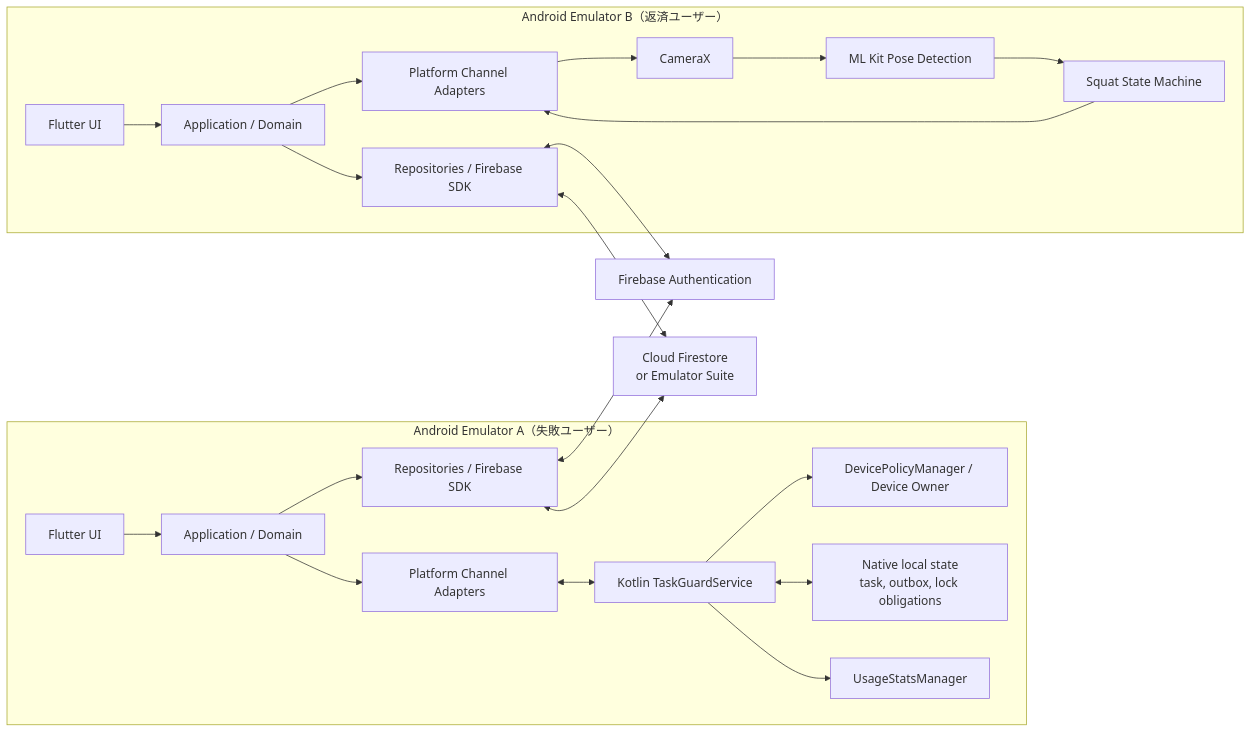
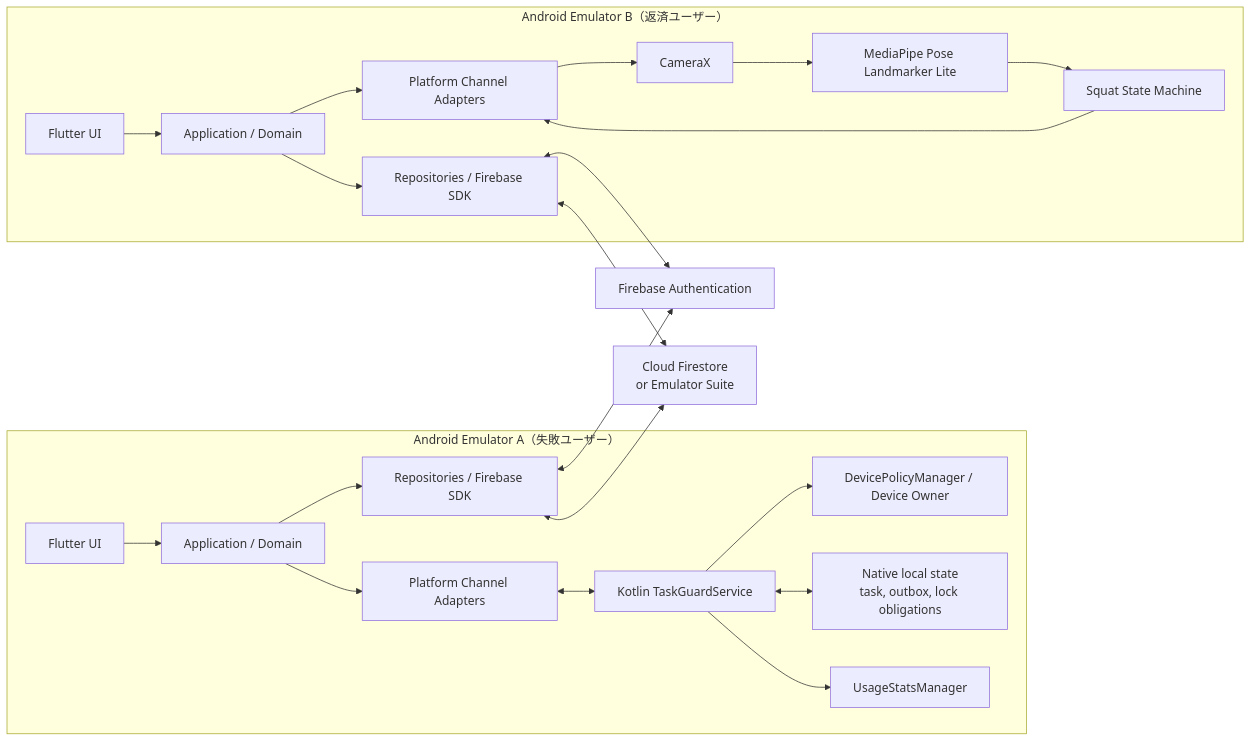
One commit to kren-team/MICHIZURE changed the first of 5 diagrams in docs/architecture.md. Above: the diagram before and after it, drawn with Mermaid. The commit also changed other lines of this file and 15 other files, not shown here.

````diff
--- a/docs/architecture.md
+++ b/docs/architecture.md
@@ -11,42 +11,42 @@
 ```mermaid
 flowchart LR
     subgraph DeviceA["Android Emulator A（失敗ユーザー）"]
         UIA["Flutter UI"]
         AppA["Application / Domain"]
         InfraA["Repositories / Firebase SDK"]
         BridgeA["Platform Channel Adapters"]
         Guard["Kotlin TaskGuardService"]
         DPC["DevicePolicyManager / Device Owner"]
         LocalA["Native local state<br/>task, outbox, lock obligations"]
         Usage["UsageStatsManager"]
     end
 
     subgraph DeviceB["Android Emulator B（返済ユーザー）"]
         UIB["Flutter UI"]
         AppB["Application / Domain"]
         InfraB["Repositories / Firebase SDK"]
         BridgeB["Platform Channel Adapters"]
         Camera["CameraX"]
-        Pose["ML Kit Pose Detection"]
+        Pose["MediaPipe Pose Landmarker Lite"]
         FSM["Squat State Machine"]
     end
 
     Auth["Firebase Authentication"]
     Firestore["Cloud Firestore<br/>or Emulator Suite"]
 
     UIA --> AppA --> InfraA
     AppA --> BridgeA
     BridgeA <--> Guard
     Guard --> Usage
     Guard --> DPC
     Guard <--> LocalA
     InfraA <--> Auth
     InfraA <--> Firestore
 
     UIB --> AppB --> InfraB
     AppB --> BridgeB
     BridgeB --> Camera --> Pose --> FSM
     FSM --> BridgeB
     InfraB <--> Auth
     InfraB <--> Firestore
 ```
````
